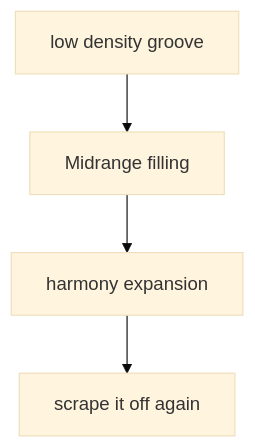
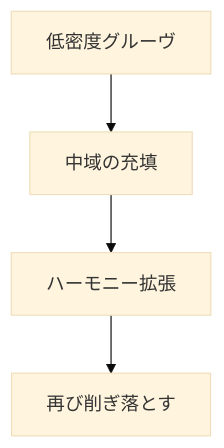
One commit to monumental-movement/monumental-movement.github.io changed the second of 4 diagrams in en/_posts/2026-02-27-column-Nick Hoppner.md. Above: the diagram before and after it, drawn with Mermaid (base theme). The commit also changed other lines of this file and 2196 other files, not shown here.

```diff
--- a/en/_posts/2026-02-27-column-Nick Hoppner.md
+++ b/en/_posts/2026-02-27-column-Nick Hoppner.md
@@ -97,6 +96,6 @@
 <div class="mermaid">
 graph TD
-A[low density groove] --> B[Midrange filling]
-B --> C[harmony expansion]
-C --> D[scrape it off again]
+A[低密度グルーヴ] --> B[中域の充填]
+B --> C[ハーモニー拡張]
+C --> D[再び削ぎ落とす]
 </div>
```
